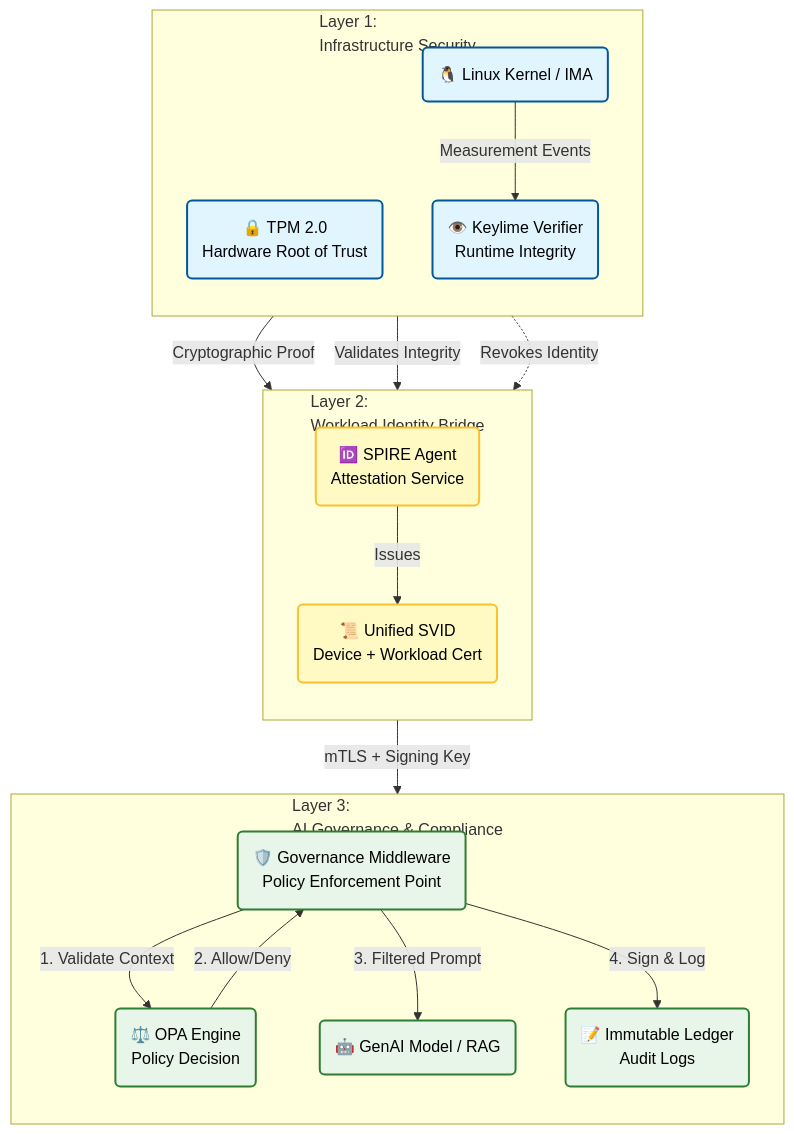
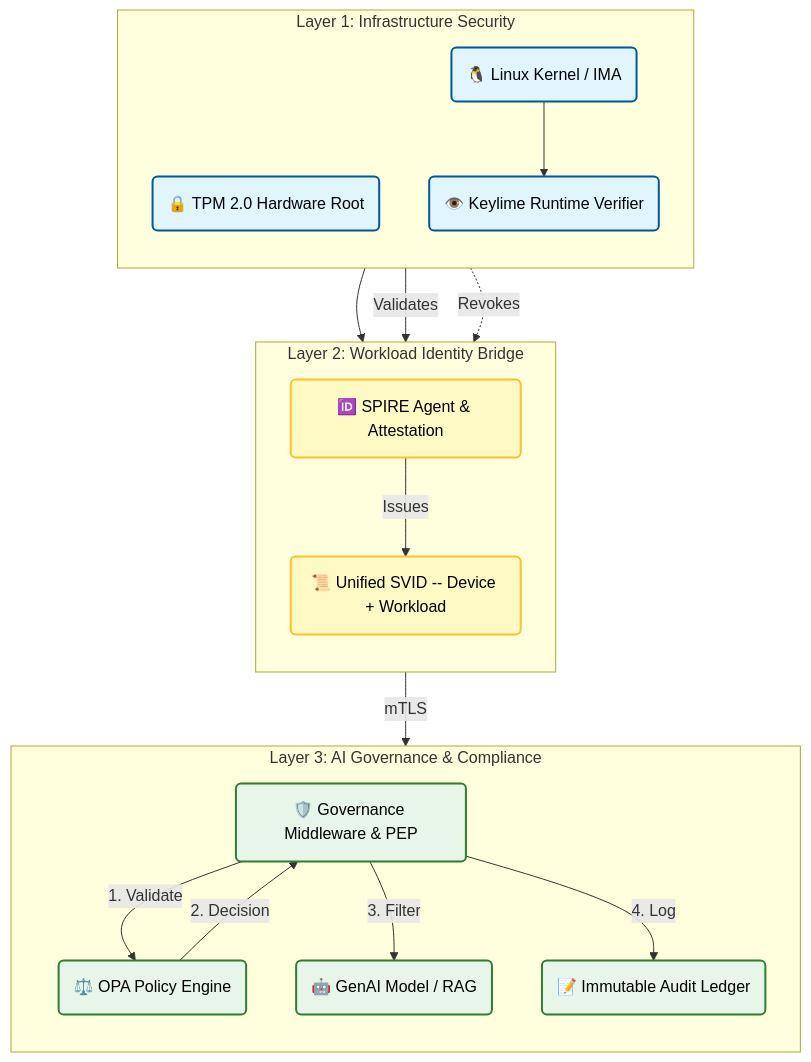
One commit to lfedgeai/AegisEdgeAI changed the diagram in README.md. Above: the diagram before and after it, drawn with Mermaid. The commit also changed other lines of this file, not shown here.

````diff
--- a/README.md
+++ b/README.md
@@ -9,53 +7,47 @@
 ```mermaid
 graph TD
-    %% Styles for distinct layers
+    %% Styles
     classDef hardware fill:#e1f5fe,stroke:#01579b,stroke-width:2px,color:#000;
     classDef identity fill:#fff9c4,stroke:#fbc02d,stroke-width:2px,color:#000;
     classDef governance fill:#e8f5e9,stroke:#2e7d32,stroke-width:2px,color:#000;
 
-    %% --- Layer 3 ---
-    %% Added <br/> to title to prevent truncation
-    subgraph L3 [Layer 3:<br/>AI Governance & Compliance]
+    subgraph L3 [Layer 3: AI Governance & Compliance]
         direction TB
-        GovChain(🛡️ Governance Middleware<br/>Policy Enforcement Point)
-        OPA(⚖️ OPA Engine<br/>Policy Decision)
-        Audit(📝 Immutable Ledger<br/>Audit Logs)
+        GovChain(🛡️ Governance Middleware & PEP)
+        OPA(⚖️ OPA Policy Engine)
+        Audit(📝 Immutable Audit Ledger)
         LLM(🤖 GenAI Model / RAG)
     end
 
-    %% --- Layer 2 ---
-    %% Added <br/> to title
-    subgraph L2 [Layer 2:<br/>Workload Identity Bridge]
+    subgraph L2 [Layer 2: Workload Identity Bridge]
         direction TB
-        SPIRE(🆔 SPIRE Agent<br/>Attestation Service)
-        SVID(📜 Unified SVID<br/>Device + Workload Cert)
+        SPIRE(🆔 SPIRE Agent & Attestation)
+        SVID(📜 Unified SVID -- Device + Workload)
     end
 
-    %% --- Layer 1 ---
-    %% Added <br/> to title
-    subgraph L1 [Layer 1:<br/>Infrastructure Security]
+    subgraph L1 [Layer 1: Infrastructure Security]
         direction TB
-        TPM(🔒 TPM 2.0<br/>Hardware Root of Trust)
-        Keylime(👁️ Keylime Verifier<br/>Runtime Integrity)
+        TPM(🔒 TPM 2.0 Hardware Root)
+        Keylime(👁️ Keylime Runtime Verifier)
         Kernel(🐧 Linux Kernel / IMA)
     end
 
-    %% --- Relationships ---
-    TPM -->|Cryptographic Proof| SPIRE
-    Kernel -->|Measurement Events| Keylime
-    Keylime -->|Validates Integrity| SPIRE
-    Keylime -.->|Revokes Identity| SPIRE
+    %% Relations
+    TPM --> SPIRE
+    Kernel --> Keylime
+    Keylime -->|Validates| SPIRE
+    Keylime -.->|Revokes| SPIRE
 
     SPIRE -->|Issues| SVID
-    SVID -->|mTLS + Signing Key| GovChain
+    SVID -->|mTLS| GovChain
 
-    GovChain -->|1. Validate Context| OPA
-    OPA -->|2. Allow/Deny| GovChain
-    GovChain -->|3. Filtered Prompt| LLM
-    GovChain -->|4. Sign & Log| Audit
+    GovChain -->|1. Validate| OPA
+    OPA -->|2. Decision| GovChain
+    GovChain -->|3. Filter| LLM
+    GovChain -->|4. Log| Audit
 
     %% Apply Styles
     class TPM,Keylime,Kernel hardware;
     class SPIRE,SVID identity;
     class GovChain,OPA,Audit,LLM governance;
 ```
````
